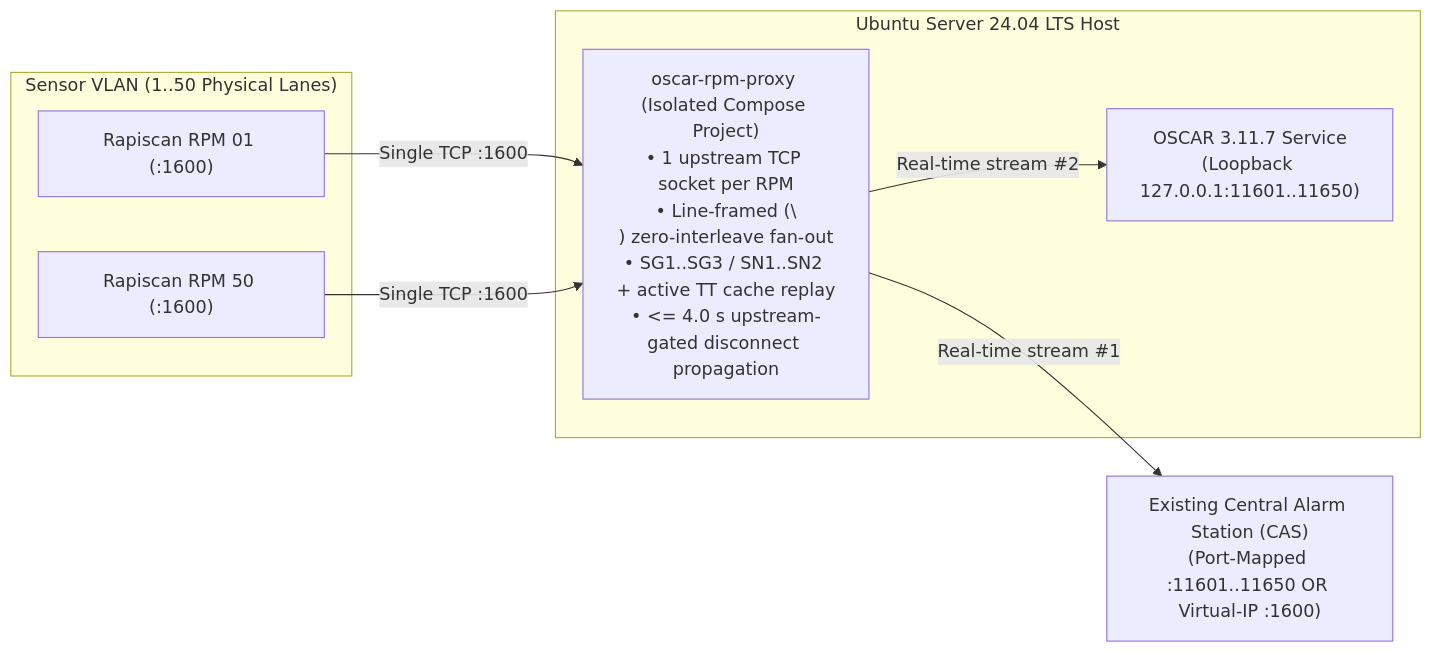
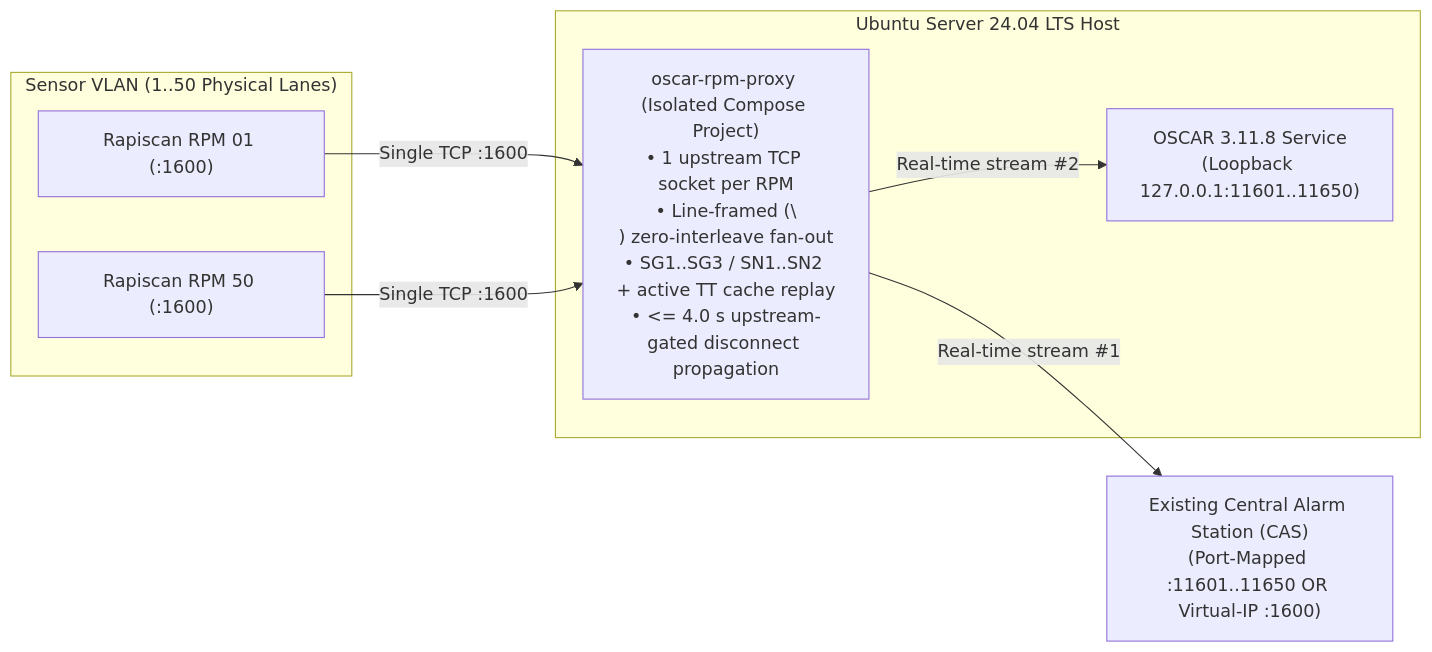
Before and after one commit to ORNL/oscar: the diagram in docs/RPM_EDGE_PROXY_GUIDE.md, drawn with Mermaid. The commit also changed other lines of this file and 48 other files, not shown here.

````diff
--- a/docs/RPM_EDGE_PROXY_GUIDE.md
+++ b/docs/RPM_EDGE_PROXY_GUIDE.md
@@ -13,19 +13,19 @@
 ```mermaid
 flowchart LR
     subgraph SensorVLAN["Sensor VLAN (1..50 Physical Lanes)"]
         RPM1["Rapiscan RPM 01 (:1600)"]
         RPM50["Rapiscan RPM 50 (:1600)"]
     end
 
     subgraph OscarHost["Ubuntu Server 24.04 LTS Host"]
         Proxy["oscar-rpm-proxy (Isolated Compose Project)\n• 1 upstream TCP socket per RPM\n• Line-framed (\\n) zero-interleave fan-out\n• SG1..SG3 / SN1..SN2 + active TT cache replay\n• <= 4.0 s upstream-gated disconnect propagation"]
-        OSCAR["OSCAR 3.11.7 Service\n(Loopback 127.0.0.1:11601..11650)"]
+        OSCAR["OSCAR 3.11.8 Service\n(Loopback 127.0.0.1:11601..11650)"]
     end
 
     CAS["Existing Central Alarm Station (CAS)\n(Port-Mapped :11601..11650 OR Virtual-IP :1600)"]
 
     RPM1 -->|"Single TCP :1600"| Proxy
     RPM50 -->|"Single TCP :1600"| Proxy
     Proxy -->|"Real-time stream #1"| CAS
     Proxy -->|"Real-time stream #2"| OSCAR
 ```
````
